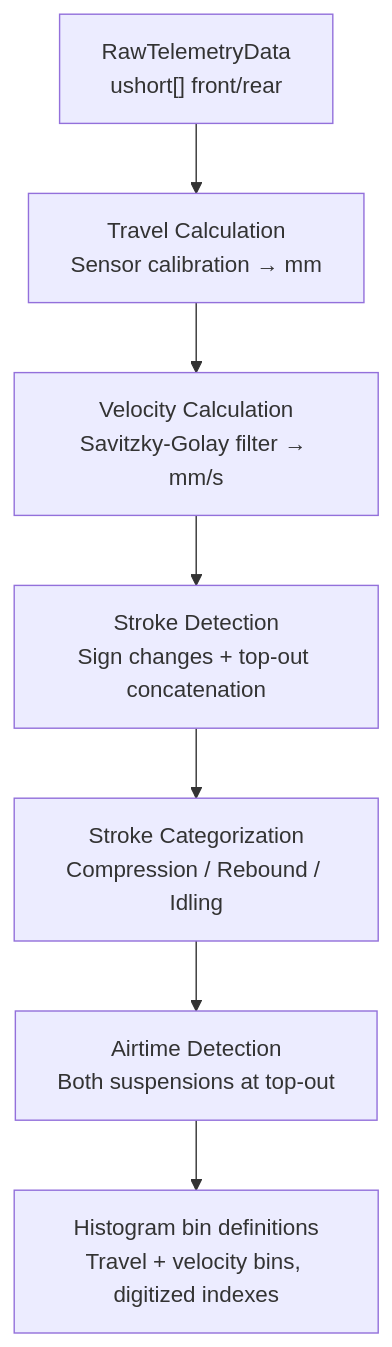
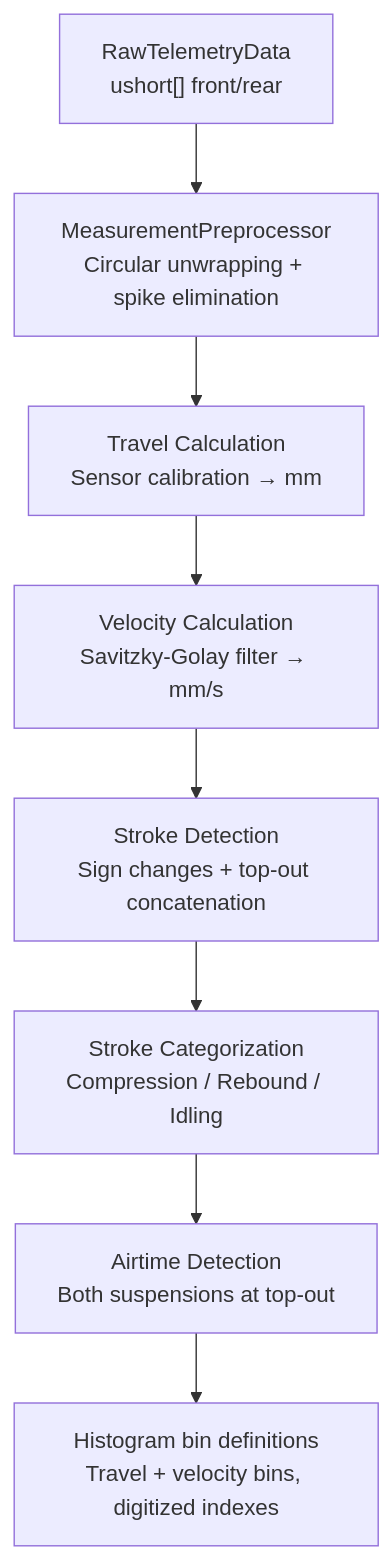
One commit to MoridinBG/Sufni.app changed the diagram in docs/architecture/processing.md. Above: the diagram before and after it, drawn with Mermaid. The commit also changed other lines of this file and 10 other files, not shown here.

````diff
--- a/docs/architecture/processing.md
+++ b/docs/architecture/processing.md
@@ -7,9 +7,10 @@
 ```mermaid
 graph TD
-    Raw["RawTelemetryData<br/>ushort[] front/rear"] --> Travel["Travel Calculation<br/>Sensor calibration → mm"]
+    Raw["RawTelemetryData<br/>ushort[] front/rear"] --> Pre["MeasurementPreprocessor<br/>Circular unwrapping + spike elimination"]
+    Pre --> Travel["Travel Calculation<br/>Sensor calibration → mm"]
     Travel --> Velocity["Velocity Calculation<br/>Savitzky-Golay filter → mm/s"]
     Velocity --> Strokes["Stroke Detection<br/>Sign changes + top-out concatenation"]
     Strokes --> Cat["Stroke Categorization<br/>Compression / Rebound / Idling"]
     Cat --> Air["Airtime Detection<br/>Both suspensions at top-out"]
     Air --> Hist["Histogram bin definitions<br/>Travel + velocity bins, digitized indexes"]
 ```
````
